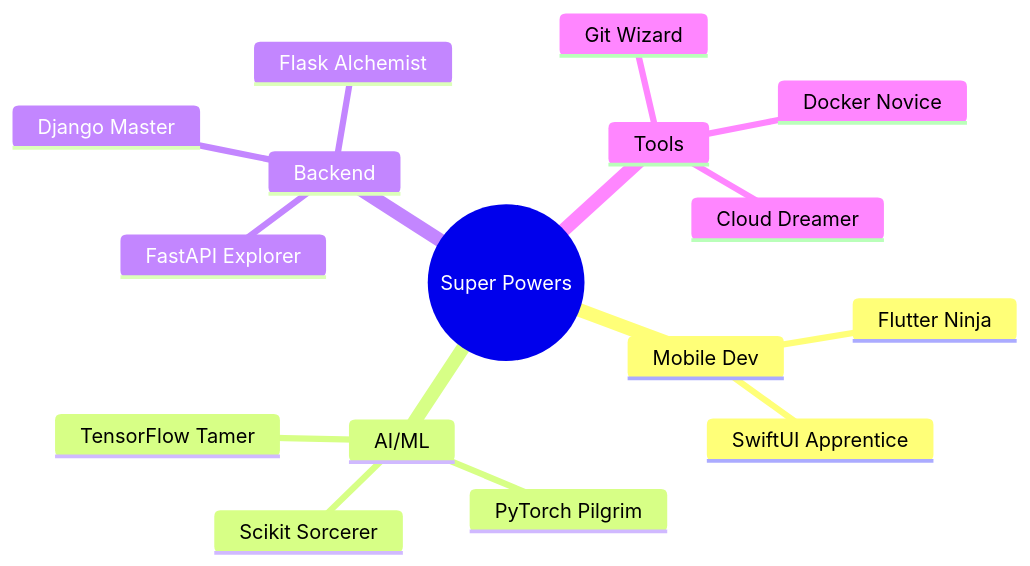
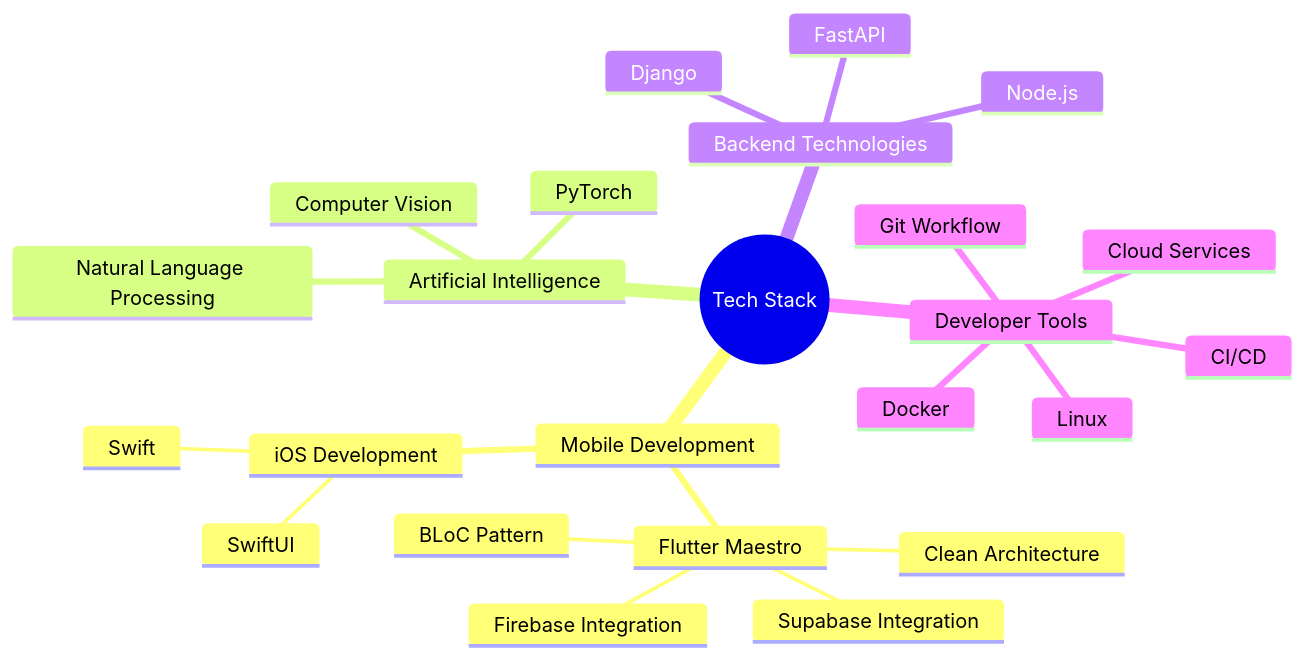
Before and after one commit to ShishirRijal/ShishirRijal: the diagram in README.md, drawn with Mermaid. The commit also changed other lines of this file, not shown here.

````diff
--- a/README.md
+++ b/README.md
@@ -44,19 +45,27 @@
 ```mermaid
 mindmap
-  root((Super Powers))
-    Mobile Dev
-      Flutter Ninja
-      SwiftUI Apprentice
-    AI/ML
-      TensorFlow Tamer
-      PyTorch Pilgrim
-      Scikit Sorcerer
-    Backend
-      Django Master
-      FastAPI Explorer
-      Flask Alchemist
-    Tools
-      Git Wizard
-      Docker Novice
-      Cloud Dreamer
+  root((Tech Stack))
+    Mobile Development
+      Flutter Maestro
+        BLoC Pattern
+        Clean Architecture
+        Firebase Integration
+        Supabase Integration
+      iOS Development
+        Swift
+        SwiftUI
+    Artificial Intelligence
+      PyTorch
+      Computer Vision
+      Natural Language Processing
+    Backend Technologies
+      Django
+      FastAPI
+      Node.js
+    Developer Tools
+      Git Workflow
+      CI/CD
+      Cloud Services
+      Docker
+      Linux
 ```
````
